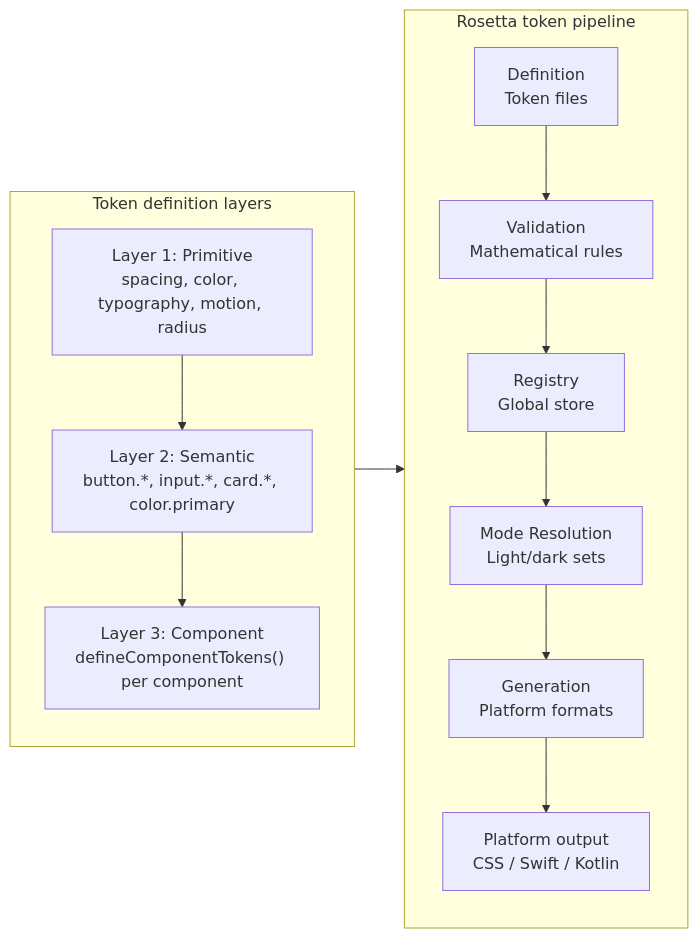
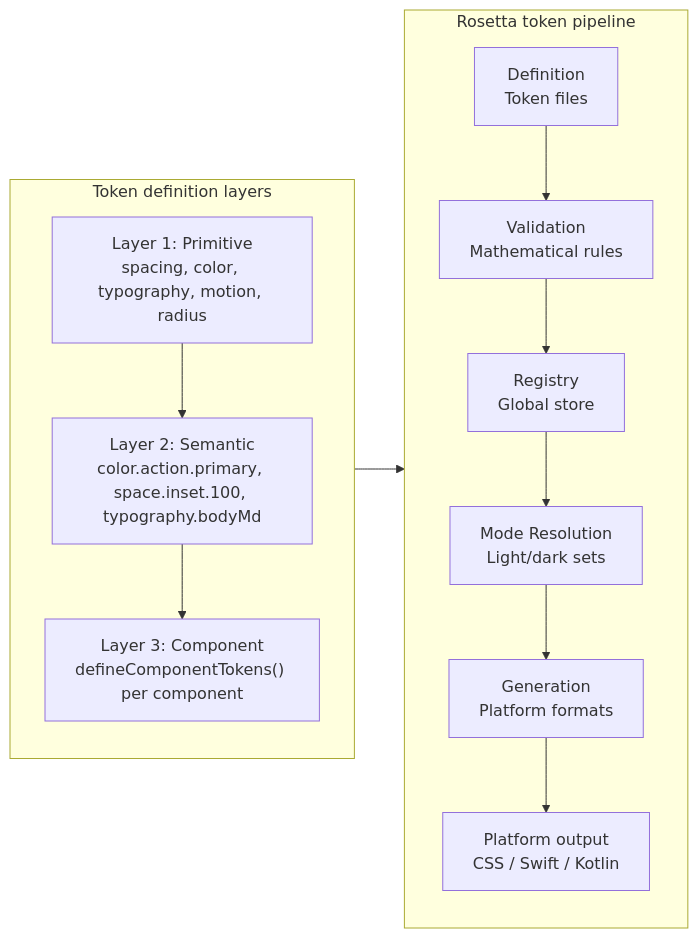
Before and after one commit to 3fn/DesignerPunk: the second of 6 diagrams in .kiro/steering/DesignerPunk-Systems-Overview.md, drawn with Mermaid. The commit also changed other lines of this file and 76 other files, not shown here.

````diff
--- a/.kiro/steering/DesignerPunk-Systems-Overview.md
+++ b/.kiro/steering/DesignerPunk-Systems-Overview.md
@@ -94,22 +94,22 @@
 ```mermaid
 flowchart LR
     subgraph Pipeline["Rosetta token pipeline"]
         D["Definition<br/>Token files"]
         V["Validation<br/>Mathematical rules"]
         R["Registry<br/>Global store"]
         M["Mode Resolution<br/>Light/dark sets"]
         G["Generation<br/>Platform formats"]
         O["Platform output<br/>CSS / Swift / Kotlin"]
         D --> V --> R --> M --> G --> O
     end
 
     subgraph Layers["Token definition layers"]
         direction TB
         L1["Layer 1: Primitive<br/>spacing, color, typography, motion, radius"]
-        L2["Layer 2: Semantic<br/>button.*, input.*, card.*, color.primary"]
+        L2["Layer 2: Semantic<br/>color.action.primary, space.inset.100, typography.bodyMd"]
         L3["Layer 3: Component<br/>defineComponentTokens() per component"]
         L1 --> L2 --> L3
     end
 
     Layers --> Pipeline
 ```
````
